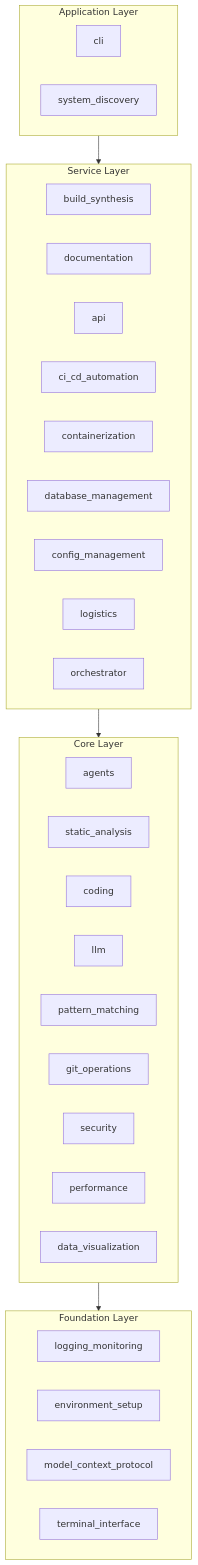
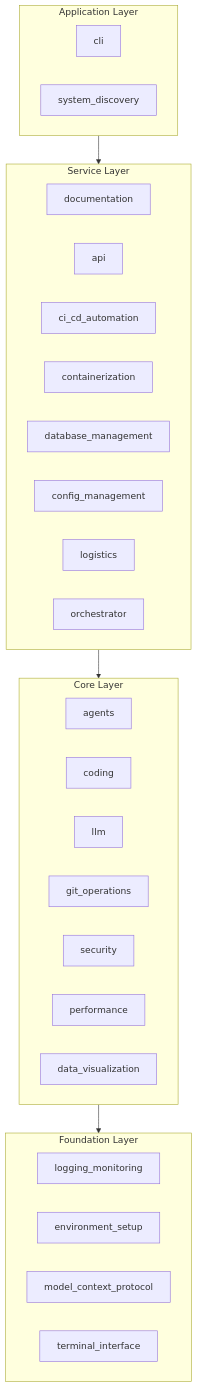
The diagram in SPEC.md (docxology/codomyrmex), drawn with Mermaid before and after one commit. The commit also changed other lines of this file and 163 other files, not shown here.

````diff
--- a/SPEC.md
+++ b/SPEC.md
@@ -67,42 +67,39 @@
 ```mermaid
 graph TB
     subgraph Application["Application Layer"]
         CLI[cli]
         SD[system_discovery]
     end
 
     subgraph Service["Service Layer"]
-        BS[build_synthesis]
         DOC[documentation]
         API[api]
         CICD[ci_cd_automation]
         CONT[containerization]
         DB[database_management]
         CFG[config_management]
         LOG2[logistics]
         ORCH[orchestrator]
     end
 
     subgraph Core["Core Layer"]
         AGT[agents]
-        SA[static_analysis]
         COD[coding]
         LLM[llm]
-        PM[pattern_matching]
         GIT[git_operations]
         SEC[security]
         PERF[performance]
         DV[data_visualization]
     end
 
     subgraph Foundation["Foundation Layer"]
         LM[logging_monitoring]
         ES[environment_setup]
         MCP[model_context_protocol]
         TI[terminal_interface]
     end
 
     Application --> Service
     Service --> Core
     Core --> Foundation
 ```
````
